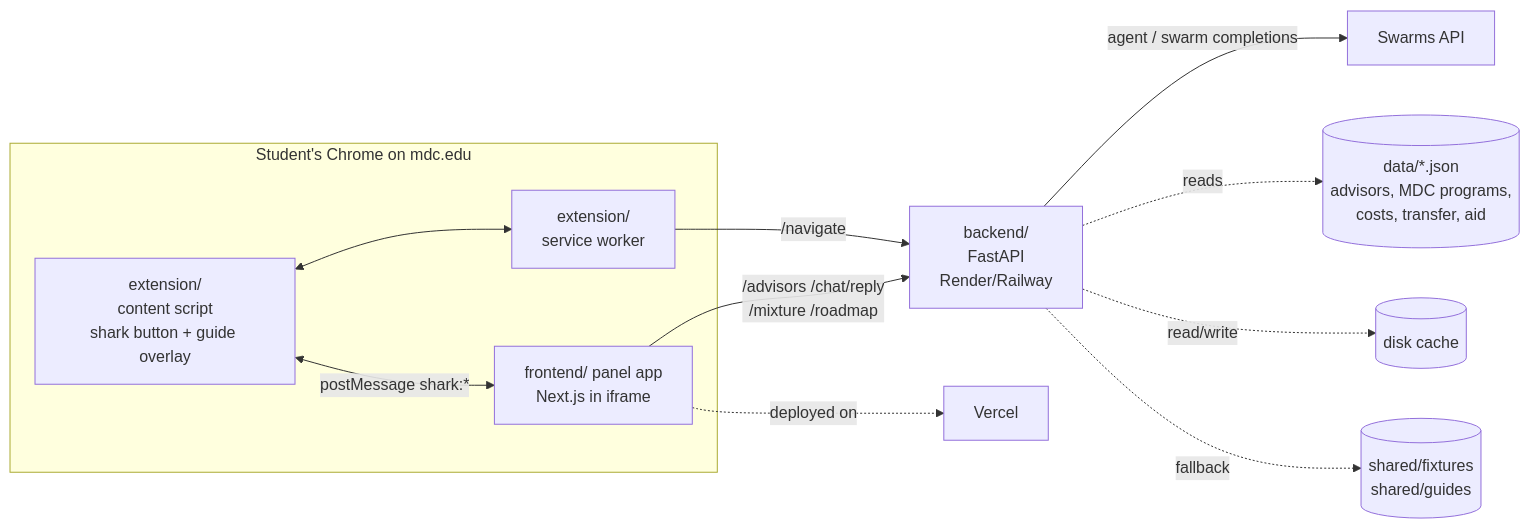
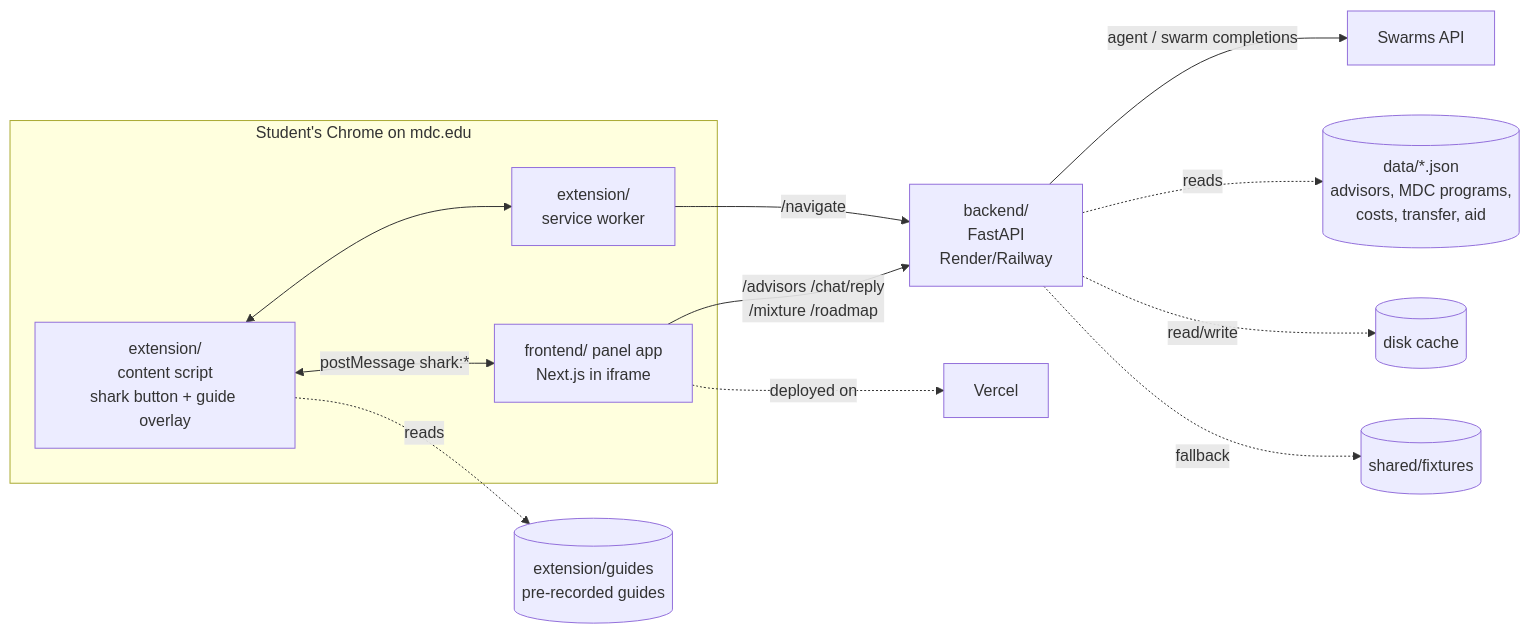
Before and after one commit to TheJollyFool/SharkByte-Hackathon: the first of 3 diagrams in docs/ARCHITECTURE.md, drawn with Mermaid. The commit also changed other lines of this file and 13 other files, not shown here.

````diff
--- a/docs/ARCHITECTURE.md
+++ b/docs/ARCHITECTURE.md
@@ -3,17 +3,18 @@
 ```mermaid
 flowchart LR
     subgraph Chrome["Student's Chrome on mdc.edu"]
         CS[extension/<br/>content script<br/>shark button + guide overlay]
         SW[extension/<br/>service worker]
         P[frontend/ panel app<br/>Next.js in iframe]
         CS <-- "postMessage shark:*" --> P
         CS <--> SW
     end
     P -- "/advisors /chat/reply<br/>/mixture /roadmap" --> B[backend/<br/>FastAPI<br/>Render/Railway]
     SW -- "/navigate" --> B
     B -- "agent / swarm completions" --> S[Swarms API]
     B -. reads .-> D[(data/*.json<br/>advisors, MDC programs,<br/>costs, transfer, aid)]
     B -. read/write .-> C[(disk cache)]
-    B -. fallback .-> X[(shared/fixtures<br/>shared/guides)]
+    B -. fallback .-> X[(shared/fixtures)]
+    CS -. reads .-> GD[(extension/guides<br/>pre-recorded guides)]
     P -. deployed on .-> V[Vercel]
 ```
````
